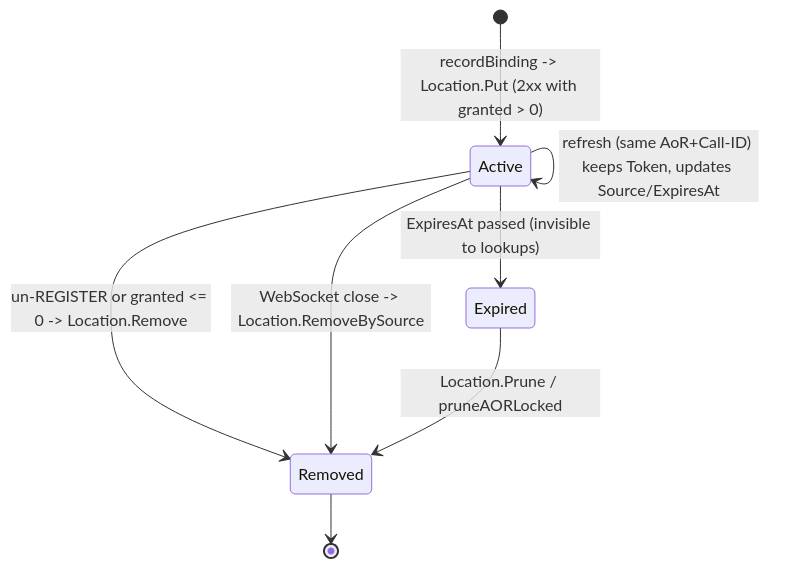
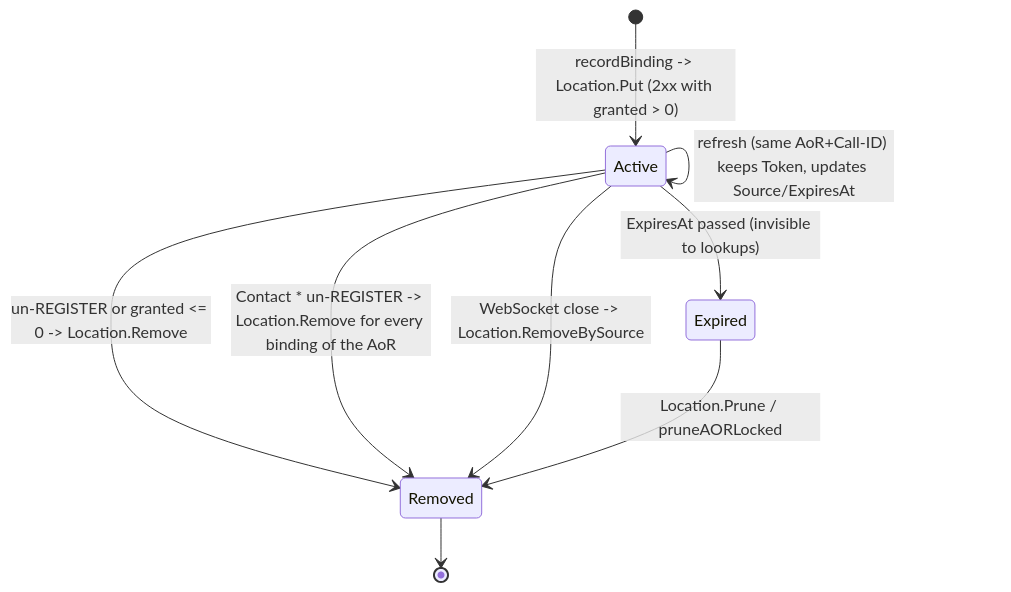
One commit to rasonyang/freesbc changed the fourth of 19 diagrams in docs/design.md. Above: the diagram before and after it, drawn with Mermaid. The commit also changed other lines of this file and 5 other files, not shown here.

First line of the commit message:
edge/sip: REGISTER binding lifetime per device, wildcard un-REGISTER

````diff
--- a/docs/design.md
+++ b/docs/design.md
@@ -1302,10 +1311,11 @@
 ```mermaid
 stateDiagram-v2
     [*] --> Active: recordBinding -> Location.Put (2xx with granted > 0)
     Active --> Active: refresh (same AoR+Call-ID) keeps Token, updates Source/ExpiresAt
     Active --> Removed: un-REGISTER or granted <= 0 -> Location.Remove
+    Active --> Removed: Contact * un-REGISTER -> Location.Remove for every binding of the AoR
     Active --> Removed: WebSocket close -> Location.RemoveBySource
     Active --> Expired: ExpiresAt passed (invisible to lookups)
     Expired --> Removed: Location.Prune / pruneAORLocked
     Removed --> [*]
 ```
````
